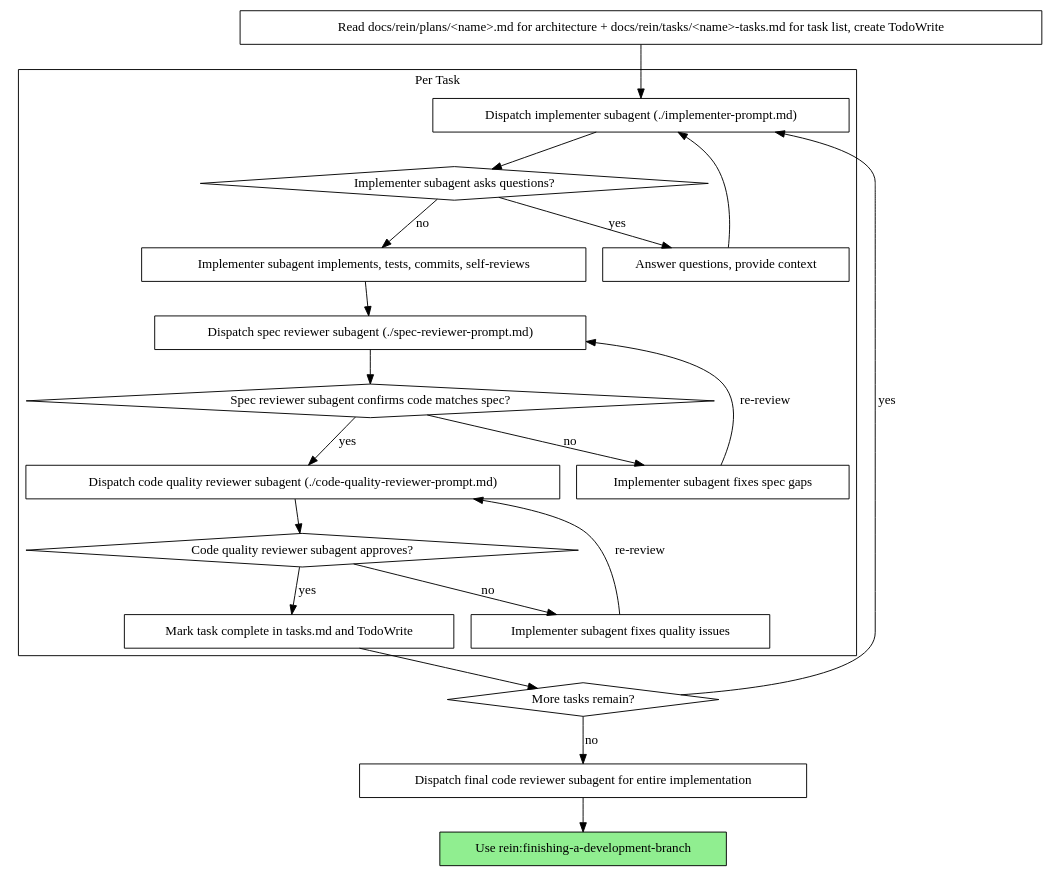
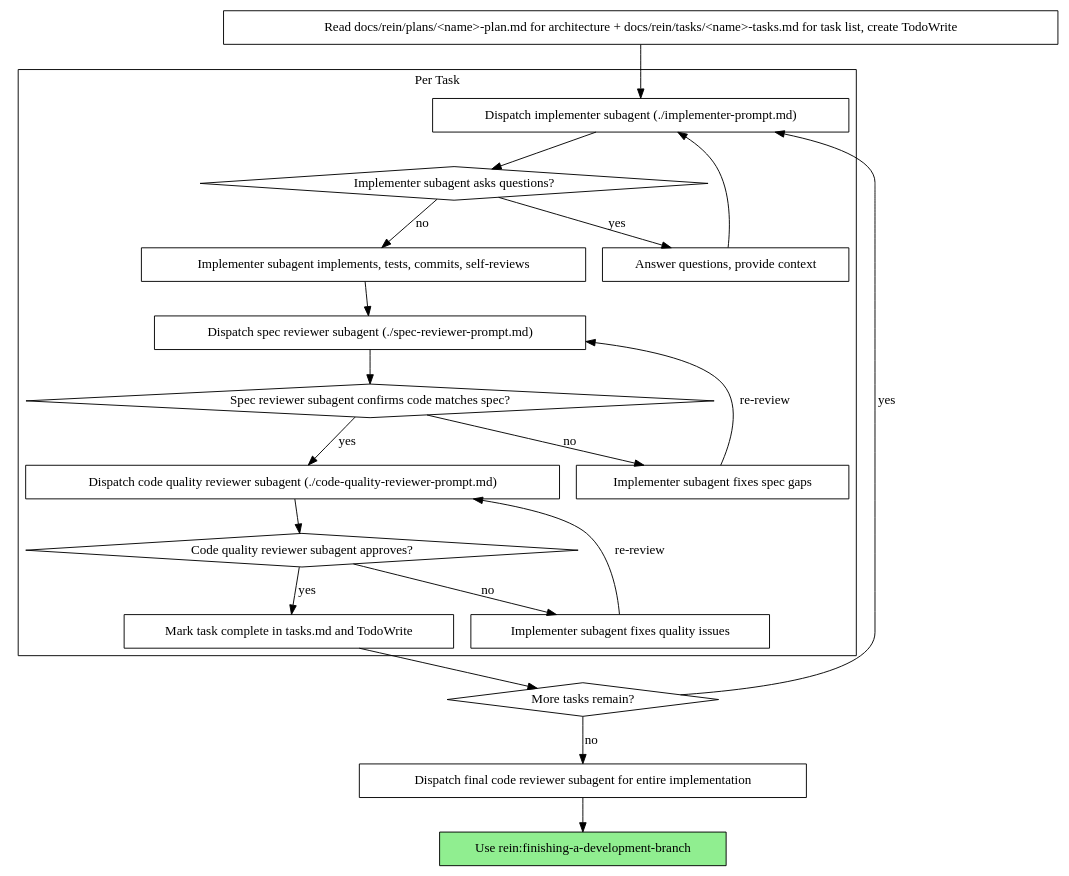
One commit to zhoupihua/rein changed the second of 2 diagrams in skills/subagent/SKILL.md. Above: the diagram before and after it, drawn with Graphviz. The commit also changed other lines of this file and 8 other files, not shown here.

First line of the commit message:
refactor: unify artifact naming convention to <name>-spec/plan/tasks

````diff
--- a/skills/subagent/SKILL.md
+++ b/skills/subagent/SKILL.md
@@ -42,44 +42,44 @@
 ```dot
 digraph process {
     rankdir=TB;
 
     subgraph cluster_per_task {
         label="Per Task";
         "Dispatch implementer subagent (./implementer-prompt.md)" [shape=box];
         "Implementer subagent asks questions?" [shape=diamond];
         "Answer questions, provide context" [shape=box];
         "Implementer subagent implements, tests, commits, self-reviews" [shape=box];
         "Dispatch spec reviewer subagent (./spec-reviewer-prompt.md)" [shape=box];
         "Spec reviewer subagent confirms code matches spec?" [shape=diamond];
         "Implementer subagent fixes spec gaps" [shape=box];
         "Dispatch code quality reviewer subagent (./code-quality-reviewer-prompt.md)" [shape=box];
         "Code quality reviewer subagent approves?" [shape=diamond];
         "Implementer subagent fixes quality issues" [shape=box];
         "Mark task complete in tasks.md and TodoWrite" [shape=box];
     }
 
-    "Read docs/rein/plans/<name>.md for architecture + docs/rein/tasks/<name>-tasks.md for task list, create TodoWrite" [shape=box];
+    "Read docs/rein/plans/<name>-plan.md for architecture + docs/rein/tasks/<name>-tasks.md for task list, create TodoWrite" [shape=box];
     "More tasks remain?" [shape=diamond];
     "Dispatch final code reviewer subagent for entire implementation" [shape=box];
     "Use rein:finishing-a-development-branch" [shape=box style=filled fillcolor=lightgreen];
 
-    "Read docs/rein/plans/<name>.md for architecture + docs/rein/tasks/<name>-tasks.md for task list, create TodoWrite" -> "Dispatch implementer subagent (./implementer-prompt.md)";
+    "Read docs/rein/plans/<name>-plan.md for architecture + docs/rein/tasks/<name>-tasks.md for task list, create TodoWrite" -> "Dispatch implementer subagent (./implementer-prompt.md)";
     "Dispatch implementer subagent (./implementer-prompt.md)" -> "Implementer subagent asks questions?";
     "Implementer subagent asks questions?" -> "Answer questions, provide context" [label="yes"];
     "Answer questions, provide context" -> "Dispatch implementer subagent (./implementer-prompt.md)";
     "Implementer subagent asks questions?" -> "Implementer subagent implements, tests, commits, self-reviews" [label="no"];
     "Implementer subagent implements, tests, commits, self-reviews" -> "Dispatch spec reviewer subagent (./spec-reviewer-prompt.md)";
     "Dispatch spec reviewer subagent (./spec-reviewer-prompt.md)" -> "Spec reviewer subagent confirms code matches spec?";
     "Spec reviewer subagent confirms code matches spec?" -> "Implementer subagent fixes spec gaps" [label="no"];
     "Implementer subagent fixes spec gaps" -> "Dispatch spec reviewer subagent (./spec-reviewer-prompt.md)" [label="re-review"];
     "Spec reviewer subagent confirms code matches spec?" -> "Dispatch code quality reviewer subagent (./code-quality-reviewer-prompt.md)" [label="yes"];
     "Dispatch code quality reviewer subagent (./code-quality-reviewer-prompt.md)" -> "Code quality reviewer subagent approves?";
     "Code quality reviewer subagent approves?" -> "Implementer subagent fixes quality issues" [label="no"];
     "Implementer subagent fixes quality issues" -> "Dispatch code quality reviewer subagent (./code-quality-reviewer-prompt.md)" [label="re-review"];
     "Code quality reviewer subagent approves?" -> "Mark task complete in tasks.md and TodoWrite" [label="yes"];
     "Mark task complete in tasks.md and TodoWrite" -> "More tasks remain?";
     "More tasks remain?" -> "Dispatch implementer subagent (./implementer-prompt.md)" [label="yes"];
     "More tasks remain?" -> "Dispatch final code reviewer subagent for entire implementation" [label="no"];
     "Dispatch final code reviewer subagent for entire implementation" -> "Use rein:finishing-a-development-branch";
 }
 ```
````
